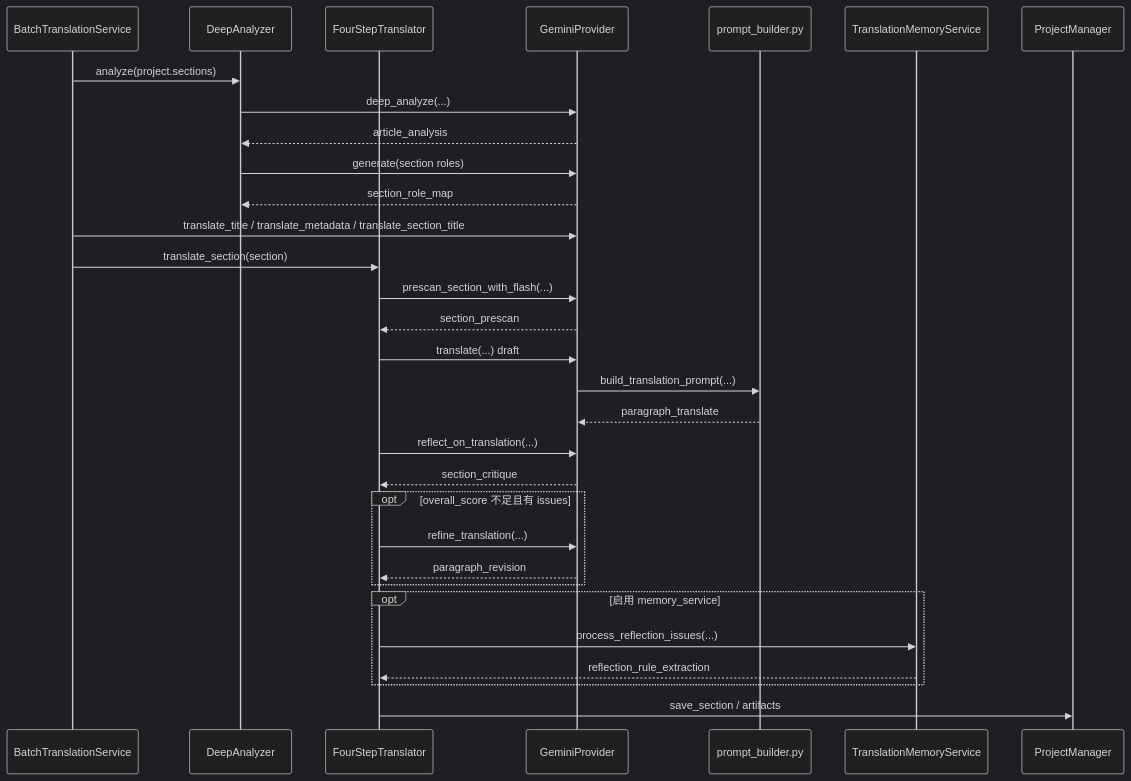
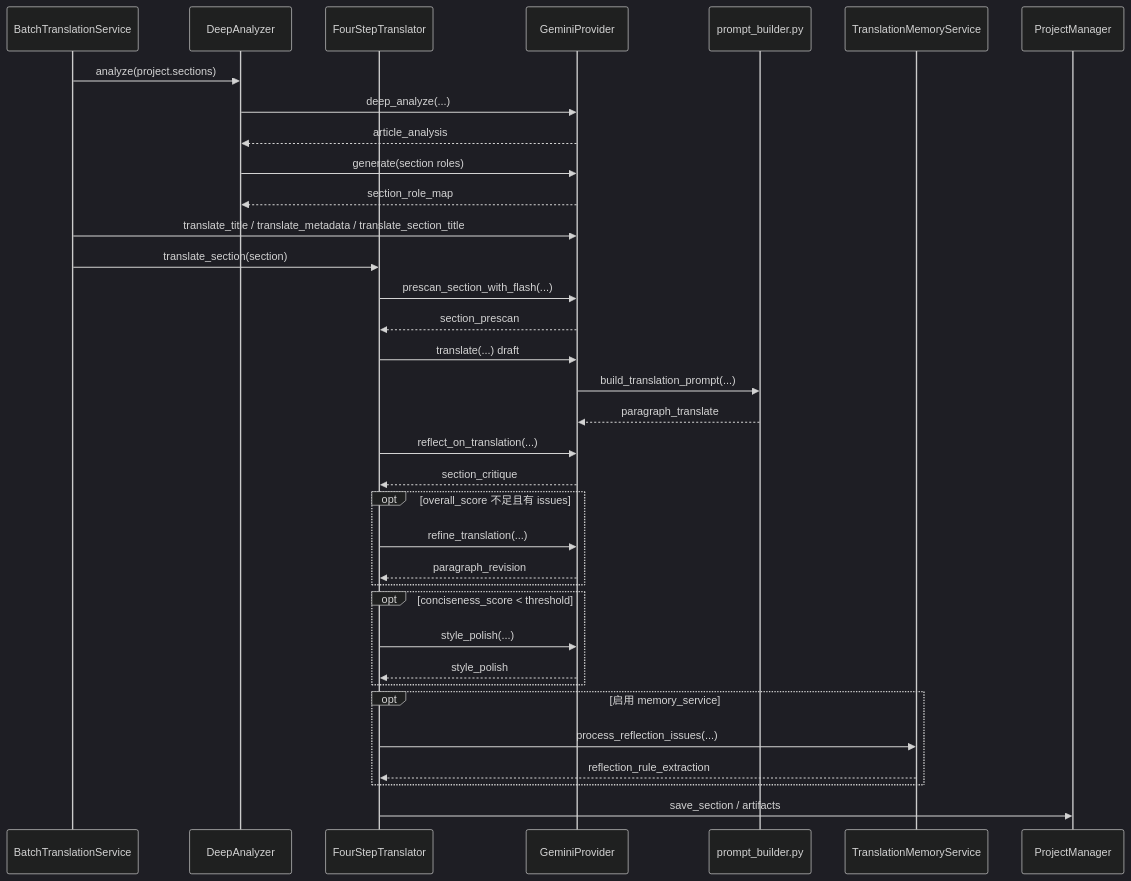
One commit to zzxxww01/translation-web changed the seventh of 11 diagrams in docs/长文翻译链路.md. Above: the diagram before and after it, drawn with Mermaid (dark theme). The commit also changed other lines of this file and 15 other files, not shown here.

````diff
--- a/docs/长文翻译链路.md
+++ b/docs/长文翻译链路.md
@@ -386,34 +391,38 @@
 ```mermaid
 sequenceDiagram
     participant Batch as BatchTranslationService
     participant Analyzer as DeepAnalyzer
     participant FST as FourStepTranslator
     participant LLM as GeminiProvider
     participant Builder as prompt_builder.py
     participant Memory as TranslationMemoryService
     participant Store as ProjectManager
 
     Batch->>Analyzer: analyze(project.sections)
     Analyzer->>LLM: deep_analyze(...)
     LLM-->>Analyzer: article_analysis
     Analyzer->>LLM: generate(section roles)
     LLM-->>Analyzer: section_role_map
     Batch->>LLM: translate_title / translate_metadata / translate_section_title
     Batch->>FST: translate_section(section)
     FST->>LLM: prescan_section_with_flash(...)
     LLM-->>FST: section_prescan
     FST->>LLM: translate(...) draft
     LLM->>Builder: build_translation_prompt(...)
     Builder-->>LLM: paragraph_translate
     FST->>LLM: reflect_on_translation(...)
     LLM-->>FST: section_critique
     opt overall_score 不足且有 issues
         FST->>LLM: refine_translation(...)
         LLM-->>FST: paragraph_revision
     end
+    opt conciseness_score < threshold
+        FST->>LLM: style_polish(...)
+        LLM-->>FST: style_polish
+    end
     opt 启用 memory_service
         FST->>Memory: process_reflection_issues(...)
         Memory-->>FST: reflection_rule_extraction
     end
     FST->>Store: save_section / artifacts
 ```
````
